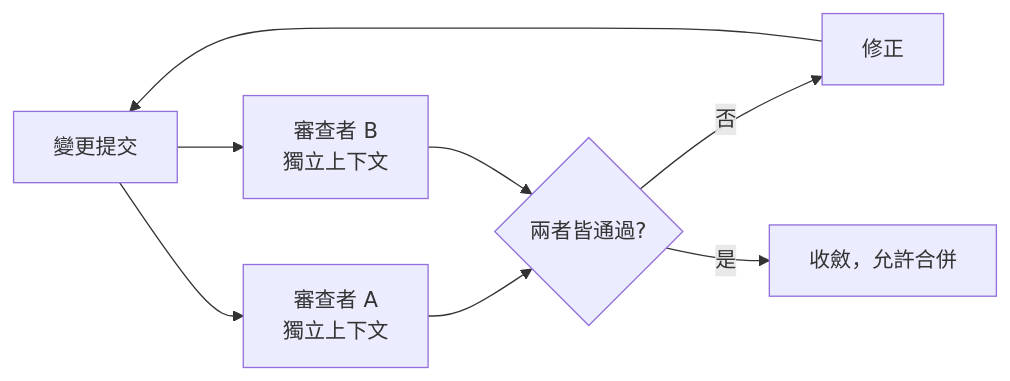
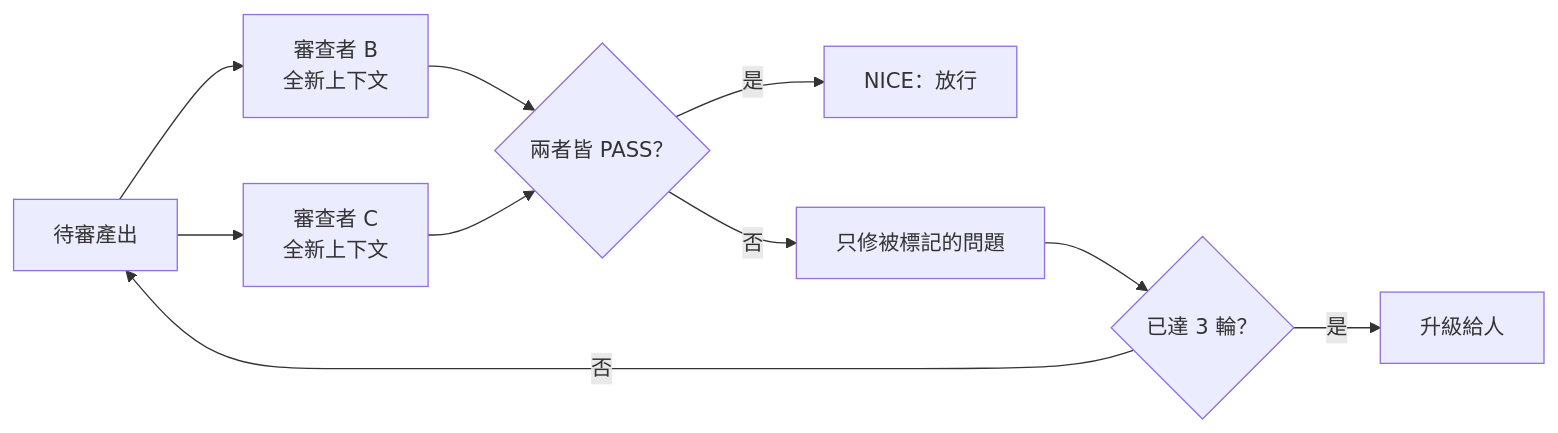
Diagram 14 of 29 in content/posts/教學/AI開發/Everything Claude Code 教學手冊.md (chihhung/Blog), drawn with Mermaid before and after one commit. The commit also changed other lines of this file, not shown here.

Commit message:
docs: update Everything Claude code 教學手冊

````diff
--- a/content/posts/教學/AI開發/Everything Claude Code 教學手冊.md
+++ b/content/posts/教學/AI開發/Everything Claude Code 教學手冊.md
@@ -2429,10 +2706,12 @@
 ```mermaid
 graph LR
-    Code["變更提交"] --> R1["審查者 A<br/>獨立上下文"]
-    Code --> R2["審查者 B<br/>獨立上下文"]
-    R1 --> Gate{兩者皆通過?}
-    R2 --> Gate
-    Gate -->|否| Fix["修正"]
-    Fix --> Code
-    Gate -->|是| Done["收斂，允許合併"]
+    O["待審產出"] --> B["審查者 B<br/>全新上下文"]
+    O --> C["審查者 C<br/>全新上下文"]
+    B --> V{"兩者皆 PASS？"}
+    C --> V
+    V -->|是| Ship["NICE：放行"]
+    V -->|否| Fix["只修被標記的問題"]
+    Fix --> N{"已達 3 輪？"}
+    N -->|否| O
+    N -->|是| Human["升級給人"]
 ```
````
